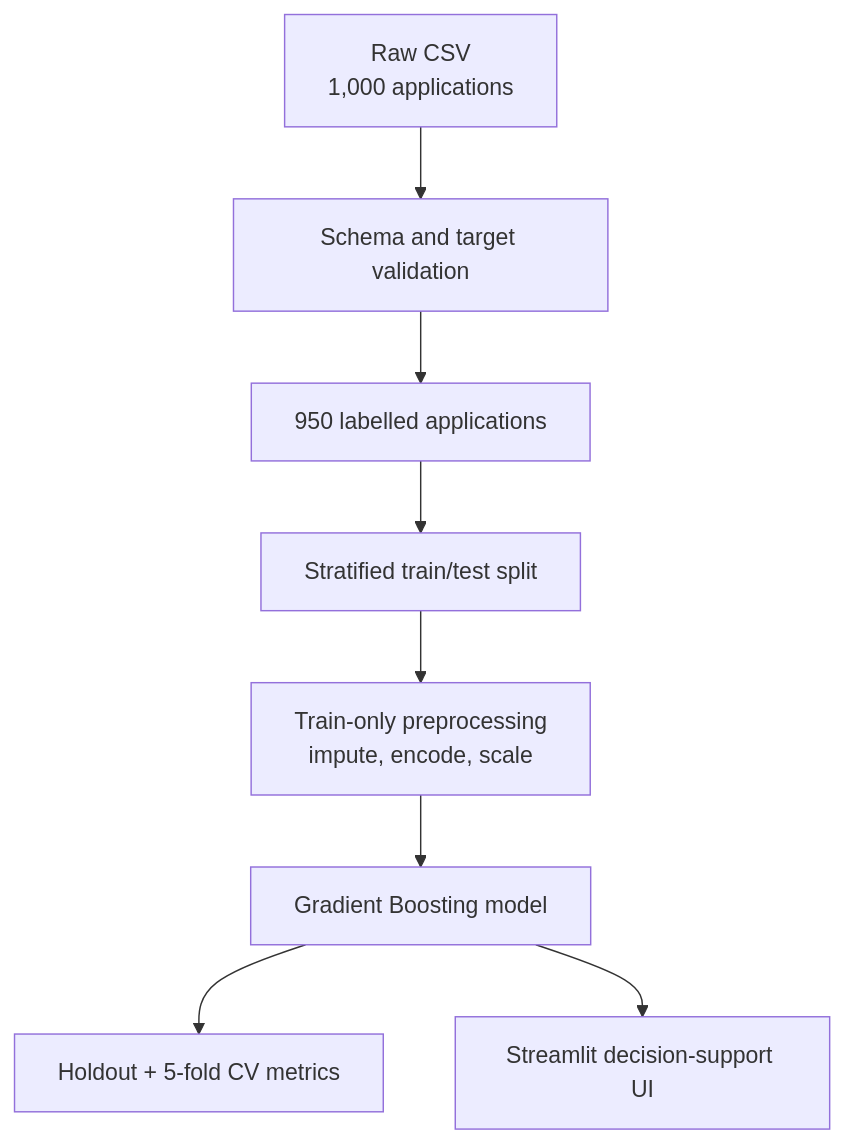
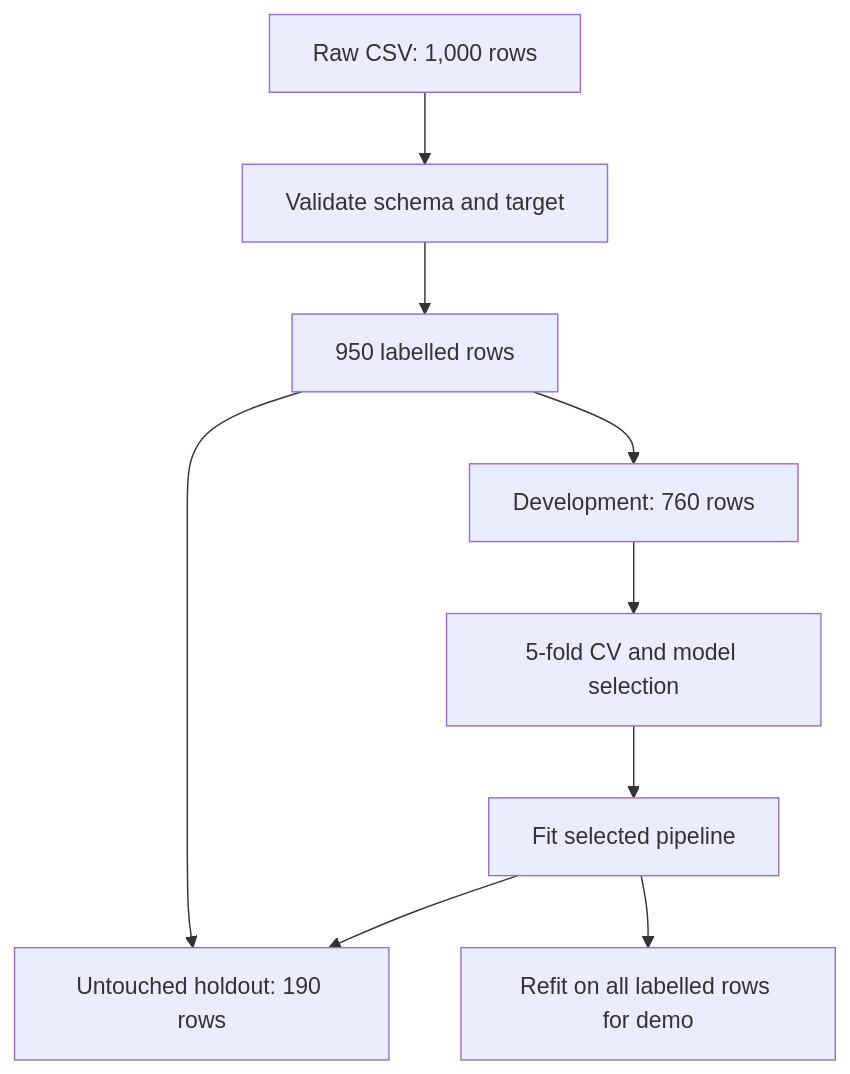
Before and after one commit to vivekkr-data/CreditWise-Loan-System: the diagram in README.md, drawn with Mermaid. The commit also changed other lines of this file and 13 other files, not shown here.

````diff
--- a/README.md
+++ b/README.md
@@ -48,10 +50,11 @@
 ```mermaid
 flowchart TD
-    A["Raw CSV<br/>1,000 applications"] --> B["Schema and target validation"]
-    B --> C["950 labelled applications"]
-    C --> D["Stratified train/test split"]
-    D --> E["Train-only preprocessing<br/>impute, encode, scale"]
-    E --> F["Gradient Boosting model"]
-    F --> G["Holdout + 5-fold CV metrics"]
-    F --> H["Streamlit decision-support UI"]
+    A["Raw CSV: 1,000 rows"] --> B["Validate schema and target"]
+    B --> C["950 labelled rows"]
+    C --> D["Development: 760 rows"]
+    C --> E["Untouched holdout: 190 rows"]
+    D --> F["5-fold CV and model selection"]
+    F --> G["Fit selected pipeline"]
+    G --> E
+    G --> H["Refit on all labelled rows for demo"]
 ```
````
